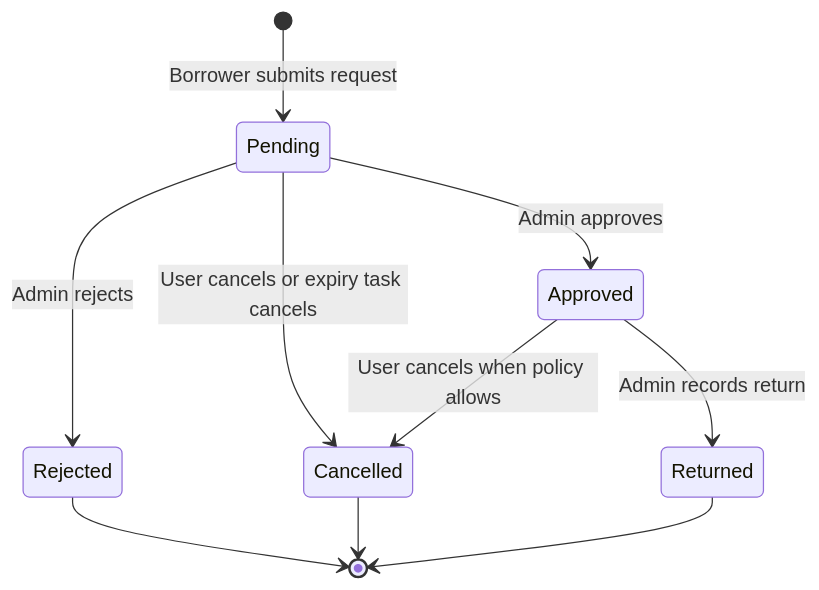
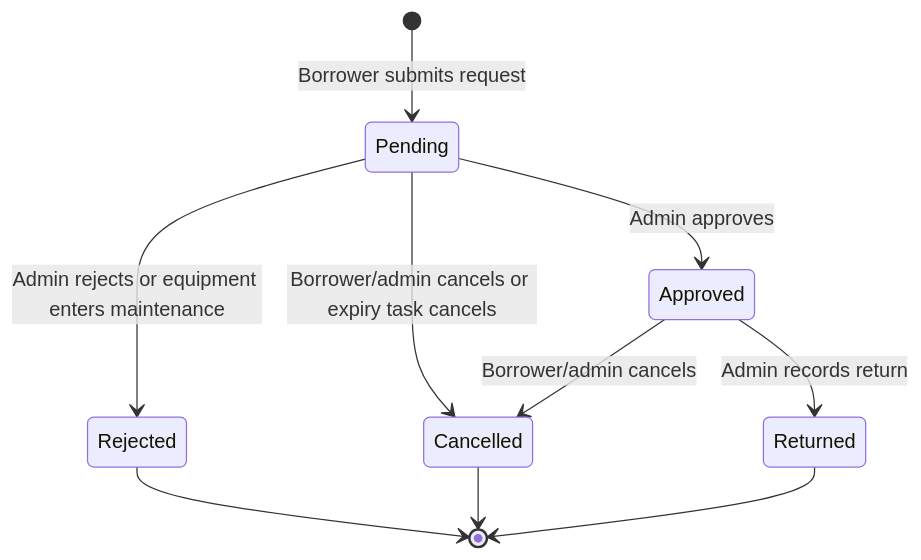
Before and after one commit to zamuwelle/broadtrack: the diagram in docs/workflows/borrowing-lifecycle.md, drawn with Mermaid. The commit also changed other lines of this file and 8 other files, not shown here.

````diff
--- a/docs/workflows/borrowing-lifecycle.md
+++ b/docs/workflows/borrowing-lifecycle.md
@@ -7,12 +7,12 @@
 ```mermaid
 stateDiagram-v2
     [*] --> Pending: Borrower submits request
     Pending --> Approved: Admin approves
-    Pending --> Rejected: Admin rejects
-    Pending --> Cancelled: User cancels or expiry task cancels
+    Pending --> Rejected: Admin rejects or equipment enters maintenance
+    Pending --> Cancelled: Borrower/admin cancels or expiry task cancels
     Approved --> Returned: Admin records return
-    Approved --> Cancelled: User cancels when policy allows
+    Approved --> Cancelled: Borrower/admin cancels
     Rejected --> [*]
     Cancelled --> [*]
     Returned --> [*]
 ```
````
